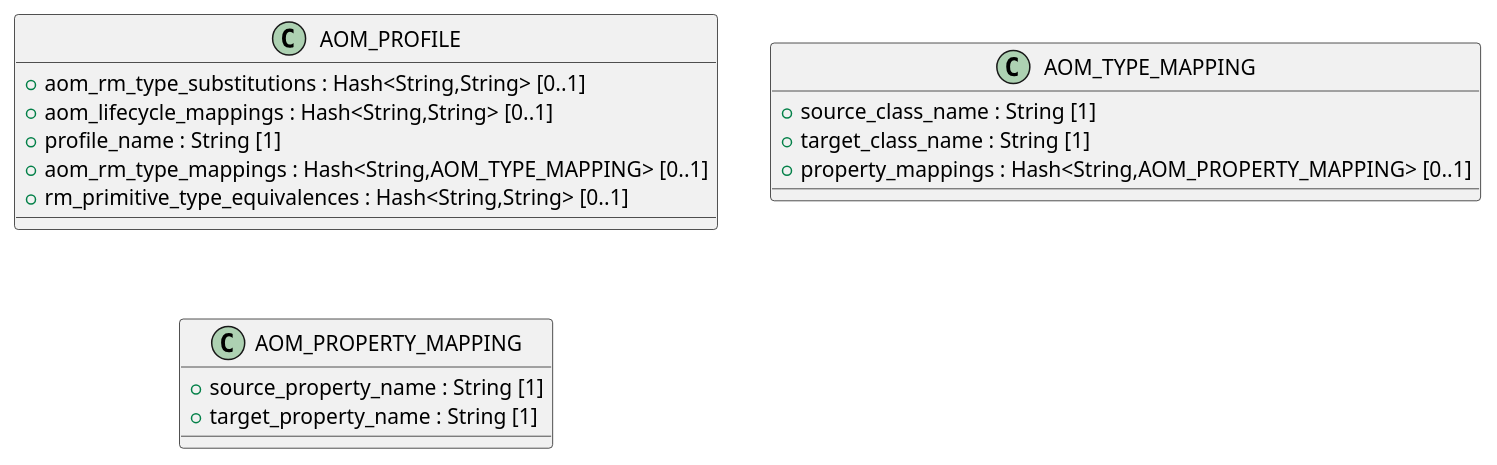
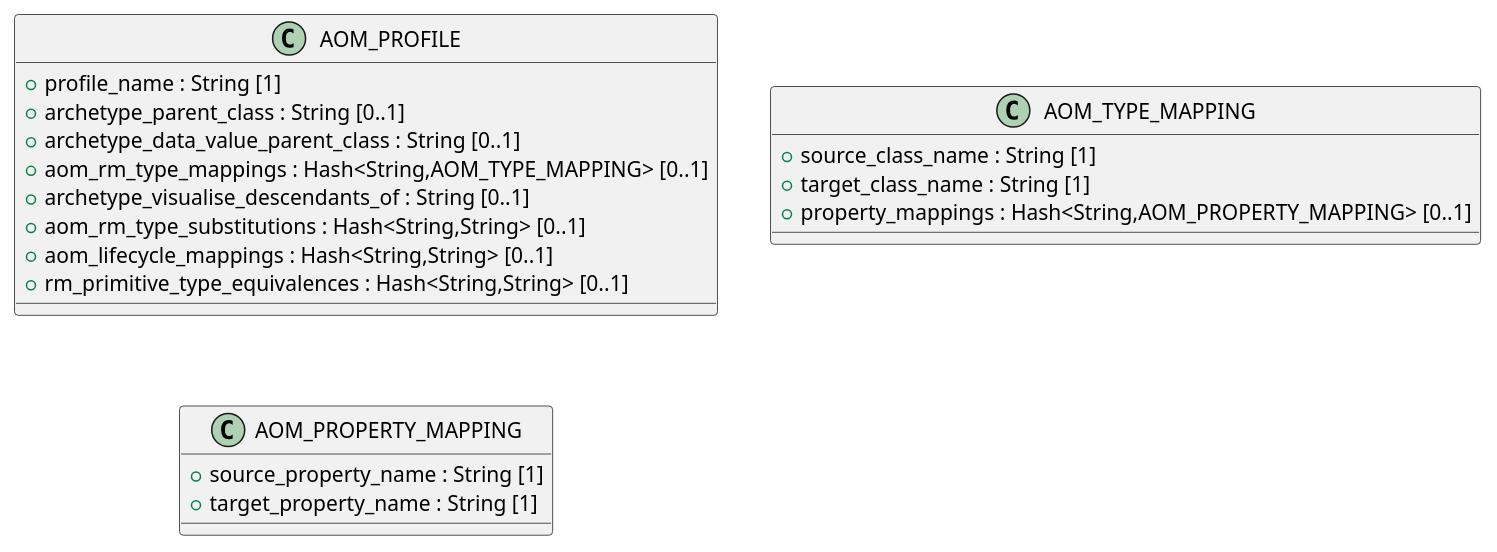
Before and after one commit to sebastian-iancu/code-generator: the diagram in code/Adoc/openehr_am_2.3.0/plantUML/packages/org.openehr.am.aom2.profile.adoc, drawn with PlantUML. The commit also changed 719 other files, not shown here.

```diff
--- a/code/Adoc/openehr_am_2.3.0/plantUML/packages/org.openehr.am.aom2.profile.adoc
+++ b/code/Adoc/openehr_am_2.3.0/plantUML/packages/org.openehr.am.aom2.profile.adoc
@@ -1,26 +1,29 @@
 [plantuml,profile,format=svg,svg-type="inline"]
 -----
 @startuml
 
 class AOM_PROFILE {
+  + profile_name : String [1]
+  + archetype_parent_class : String [0..1]
+  + archetype_data_value_parent_class : String [0..1]
+  + aom_rm_type_mappings : Hash<String,AOM_TYPE_MAPPING> [0..1]
+  + archetype_visualise_descendants_of : String [0..1]
   + aom_rm_type_substitutions : Hash<String,String> [0..1]
   + aom_lifecycle_mappings : Hash<String,String> [0..1]
-  + profile_name : String [1]
-  + aom_rm_type_mappings : Hash<String,AOM_TYPE_MAPPING> [0..1]
   + rm_primitive_type_equivalences : Hash<String,String> [0..1]
 }
 
 class AOM_TYPE_MAPPING {
   + source_class_name : String [1]
   + target_class_name : String [1]
   + property_mappings : Hash<String,AOM_PROPERTY_MAPPING> [0..1]
 }
 
 class AOM_PROPERTY_MAPPING {
   + source_property_name : String [1]
   + target_property_name : String [1]
 }
 
 
 @enduml
 -----
```
